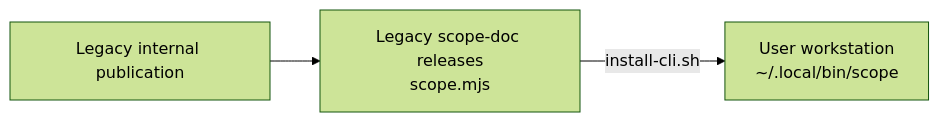
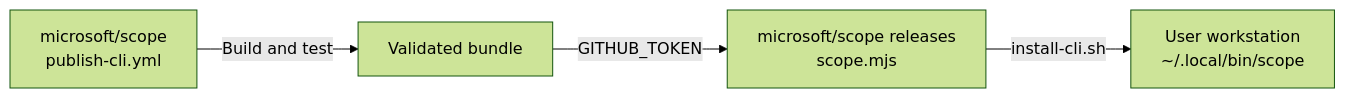
One commit to cedricvidal/scope changed the diagram in docs/architecture/cli-distribution.md. Above: the diagram before and after it, drawn with Mermaid (forest theme). The commit also changed other lines of this file and 17 other files, not shown here.

First line of the commit message:
ci: make Windows builds and CLI releases self-contained

````diff
--- a/docs/architecture/cli-distribution.md
+++ b/docs/architecture/cli-distribution.md
@@ -19,5 +13,6 @@
 ```mermaid
 flowchart LR
-    A[Legacy internal publication] --> C[Legacy scope-doc releases<br/>scope.mjs]
+    A[microsoft/scope<br/>publish-cli.yml] -->|Build and test| B[Validated bundle]
+    B -->|GITHUB_TOKEN| C[microsoft/scope releases<br/>scope.mjs]
     C -->|install-cli.sh| D[User workstation<br/>~/.local/bin/scope]
 ```
````
